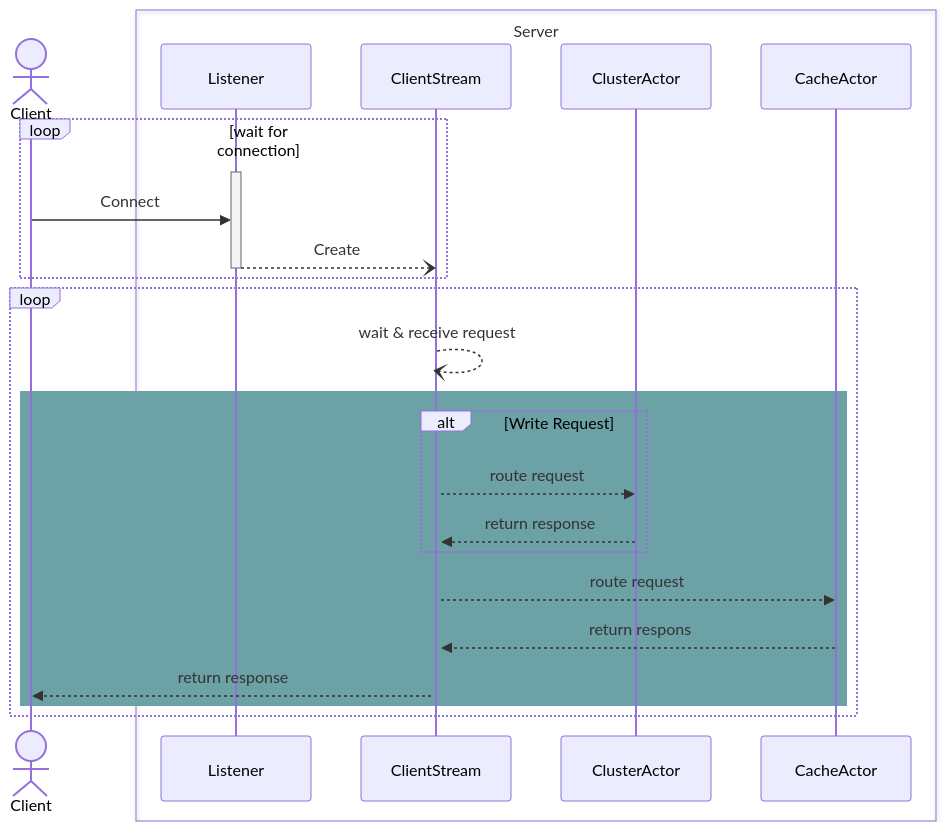
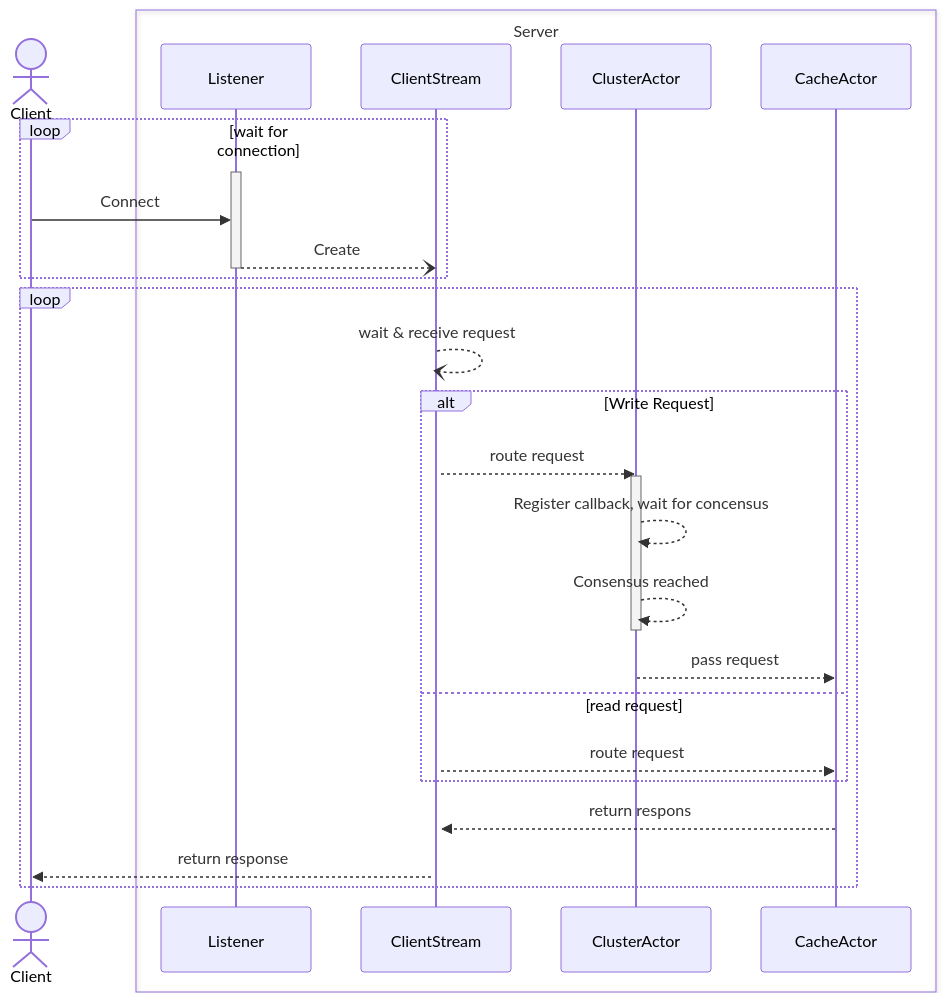
One commit to Migorithm/duva changed the diagram in diagrams/client_query.mmd. Above: the diagram before and after it, drawn with Mermaid.

Commit message:
client query process designed

```diff
--- a/diagrams/client_query.mmd
+++ b/diagrams/client_query.mmd
@@ -1,34 +1,37 @@
 sequenceDiagram
     actor C as Client
 
 
     Box Server
     participant Listener
     participant Stream as ClientStream
 
     participant CL as ClusterActor
     participant CA as CacheActor
     
     end
     
     
     loop wait for connection
         activate Listener
         C ->> Listener: Connect
         Listener --) Stream : Create
         deactivate Listener
     end
 
     loop 
         Stream --)+ Stream: wait & receive request
-        rect rgb(108, 161, 166)    
-
-            alt Write Request
-                Stream -->> CL: route request
-                CL -->> Stream: return response
-            end
+        alt Write Request
+            Stream -->> CL: route request
+            activate CL
+            CL -->> CL : Register callback, wait for concensus
+            CL -->> CL : Consensus reached
+            deactivate CL
+            CL -->> CA : pass request
+        else read request
             Stream -->> CA: route request
-            CA -->> Stream: return respons
-            Stream -->> C: return response
         end
+        CA -->> Stream: return respons
+        Stream -->> C: return response
+    
     end
```
